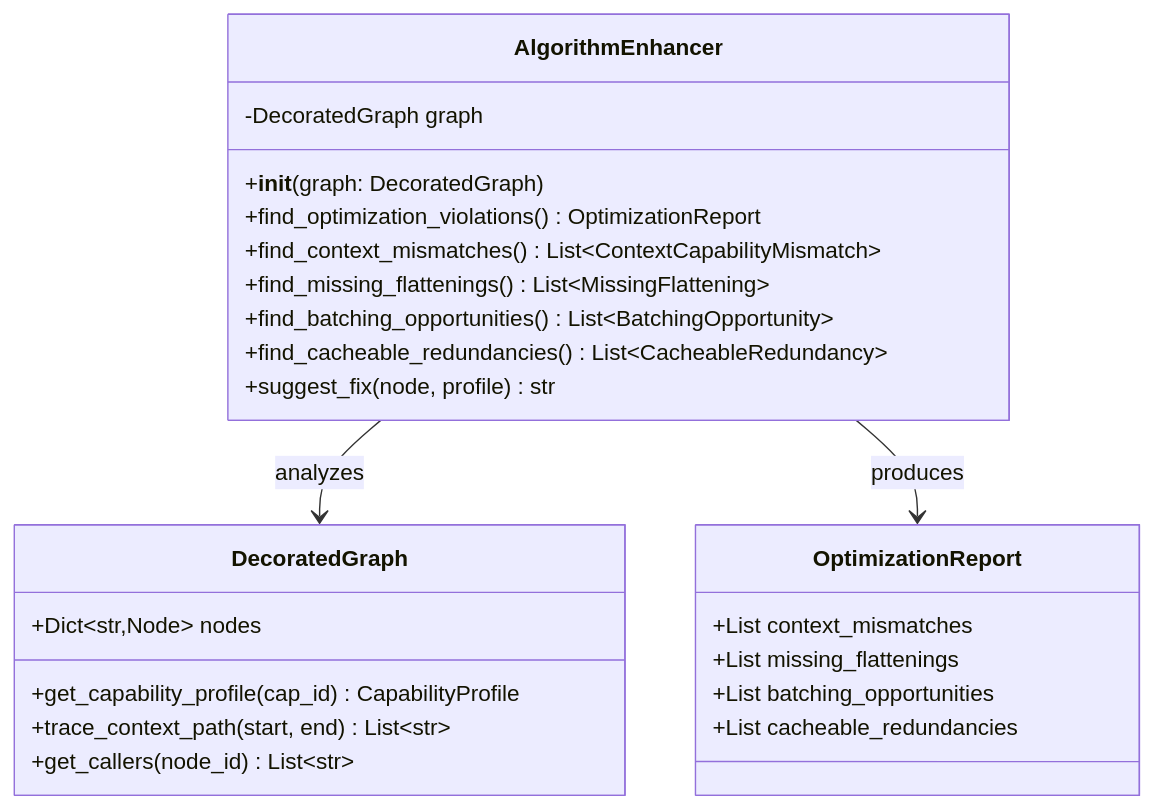
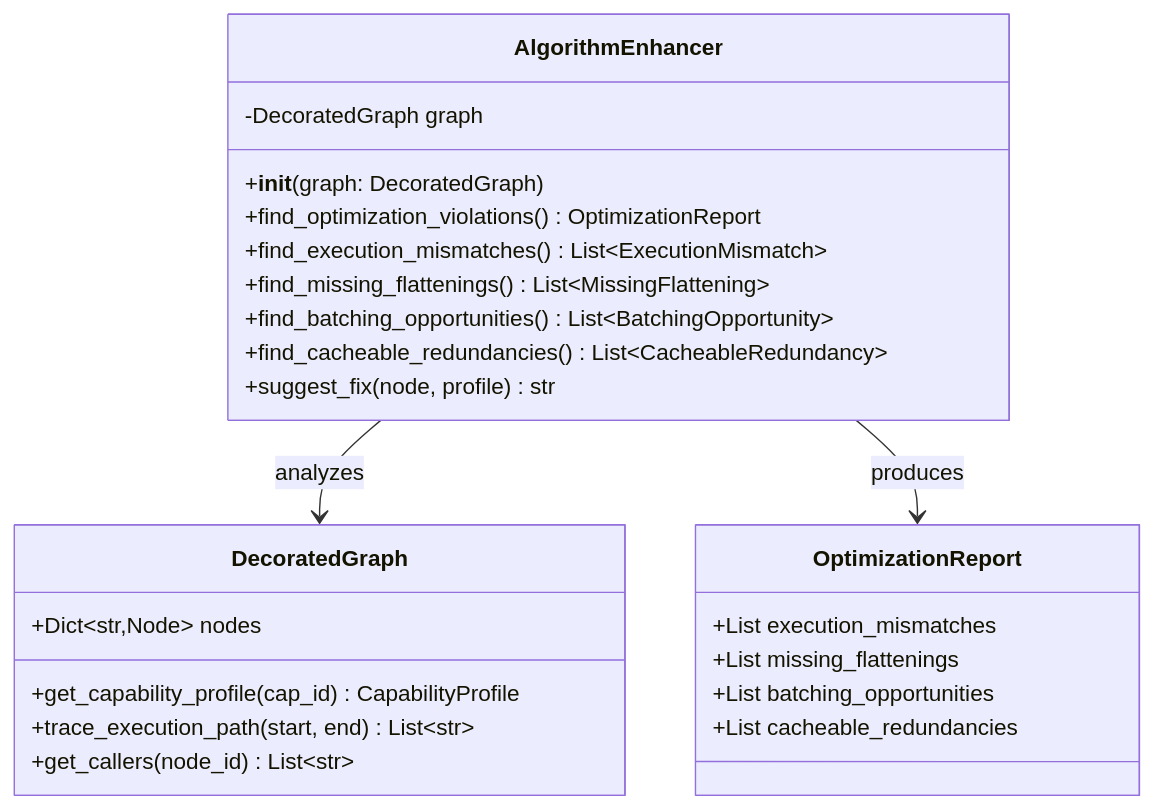
Before and after one commit to nestharus/ai-workflow: diagram 12 of 19 in .tasks/plans/algorithm enhancer/feedback.md, drawn with Mermaid. The commit also changed other lines of this file and 14 other files, not shown here.

````diff
--- a/.tasks/plans/algorithm enhancer/feedback.md
+++ b/.tasks/plans/algorithm enhancer/feedback.md
@@ -499,30 +504,30 @@
 ```mermaid
 classDiagram
     class AlgorithmEnhancer {
         -DecoratedGraph graph
         +__init__(graph: DecoratedGraph)
         +find_optimization_violations() OptimizationReport
-        +find_context_mismatches() List~ContextCapabilityMismatch~
+        +find_execution_mismatches() List~ExecutionMismatch~
         +find_missing_flattenings() List~MissingFlattening~
         +find_batching_opportunities() List~BatchingOpportunity~
         +find_cacheable_redundancies() List~CacheableRedundancy~
         +suggest_fix(node, profile) str
     }
 
     class DecoratedGraph {
         +Dict~str,Node~ nodes
         +get_capability_profile(cap_id) CapabilityProfile
-        +trace_context_path(start, end) List~str~
+        +trace_execution_path(start, end) List~str~
         +get_callers(node_id) List~str~
     }
 
     class OptimizationReport {
-        +List context_mismatches
+        +List execution_mismatches
         +List missing_flattenings
         +List batching_opportunities
         +List cacheable_redundancies
     }
 
     AlgorithmEnhancer --> DecoratedGraph : analyzes
     AlgorithmEnhancer --> OptimizationReport : produces
 ```
````
